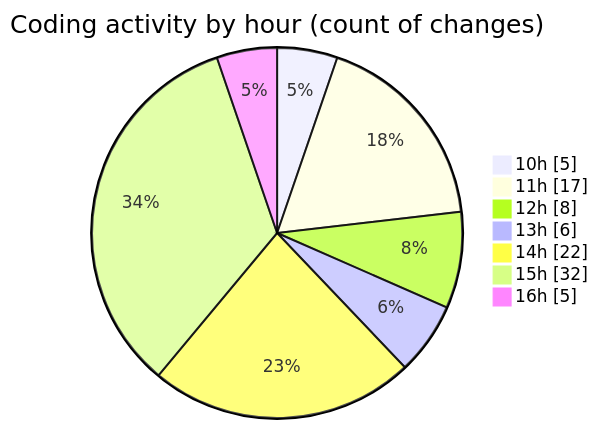
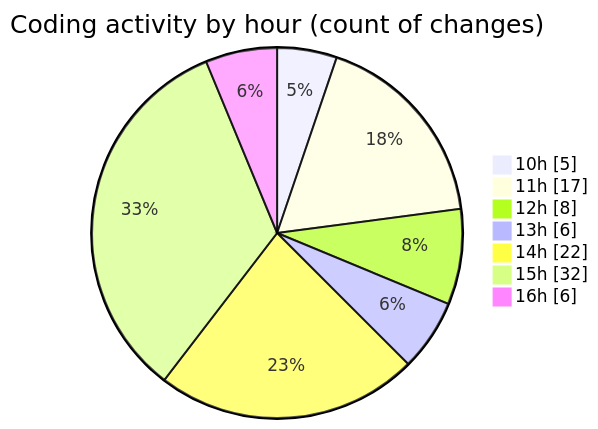
The second of 2 diagrams in 2025-05-05/ecodeli/README.md (CELIANVF/code-tracking), drawn with Mermaid before and after one commit. The commit also changed other lines of this file and 1 other file, not shown here.

````diff
--- a/2025-05-05/ecodeli/README.md
+++ b/2025-05-05/ecodeli/README.md
@@ -67,11 +68,11 @@
 ```mermaid
 pie showData
 title Coding activity by hour (count of changes)
 "10h" : 5
 "11h" : 17
 "12h" : 8
 "13h" : 6
 "14h" : 22
 "15h" : 32
-"16h" : 5
+"16h" : 6
 ```
````
